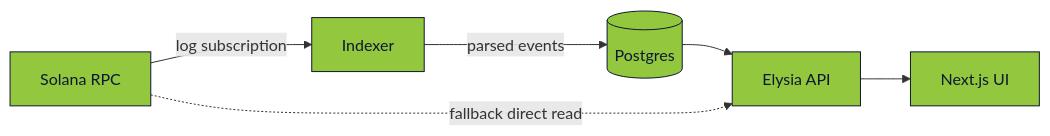
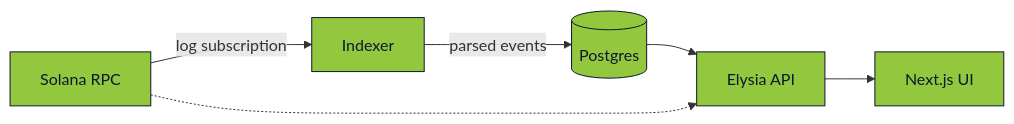
Diagram 44 of 44 in slides-en.md (In-Da-Hack-Decentrathon/presentation), drawn with Mermaid before and after one commit. The commit also changed other lines of this file and 1 other file, not shown here.

````diff
--- a/slides-en.md
+++ b/slides-en.md
@@ -3214,10 +3214,10 @@
 ```mermaid {scale: 0.55}
 flowchart LR
   SOL[Solana RPC] -->|log subscription| Idx[Indexer]
   Idx -->|parsed events| DB[(Postgres)]
   DB --> API[Elysia API]
   API --> FE[Next.js UI]
-  SOL -.fallback direct read.-> API
+  SOL -.-> API
   classDef ok fill:#92c73e,stroke:#0e1830,color:#0e1830
   class SOL,Idx,DB,API,FE ok
 ```
````
